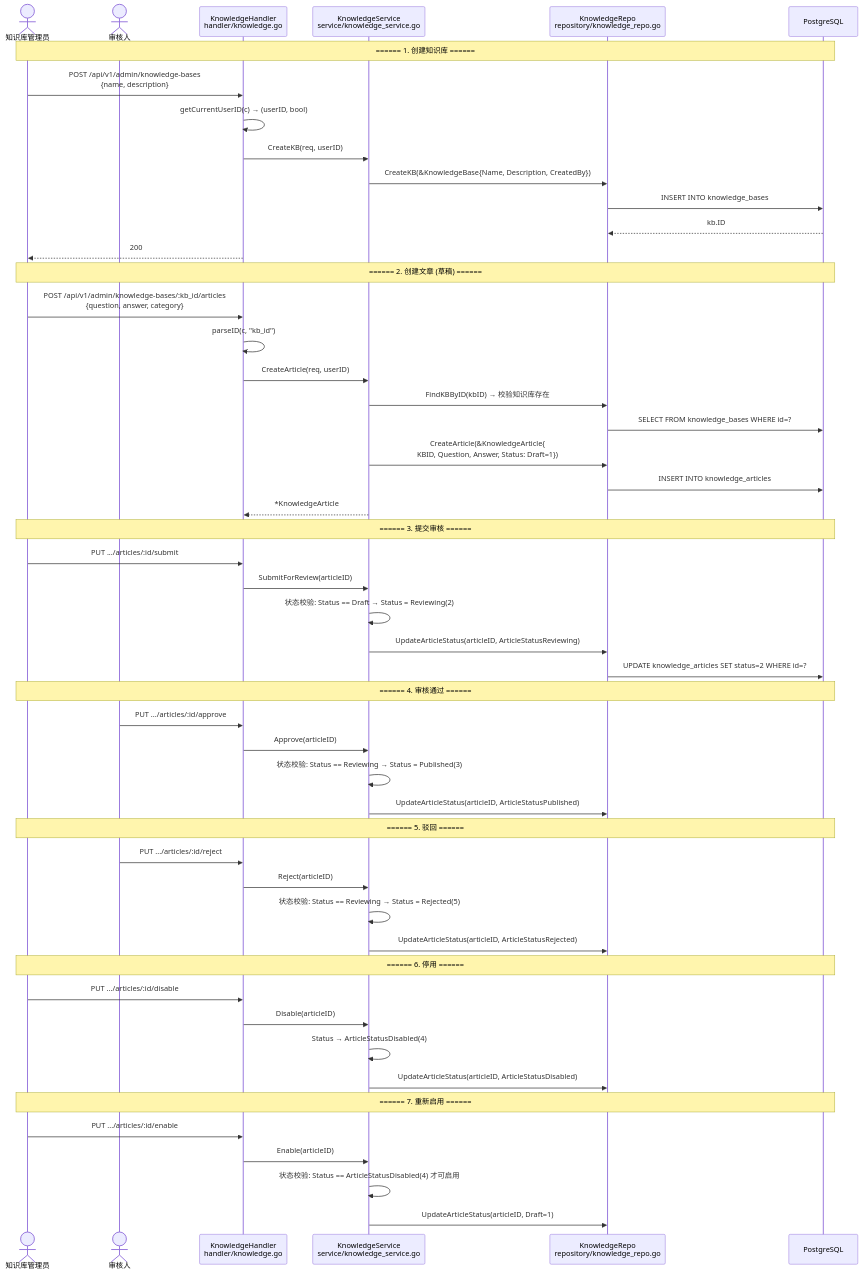
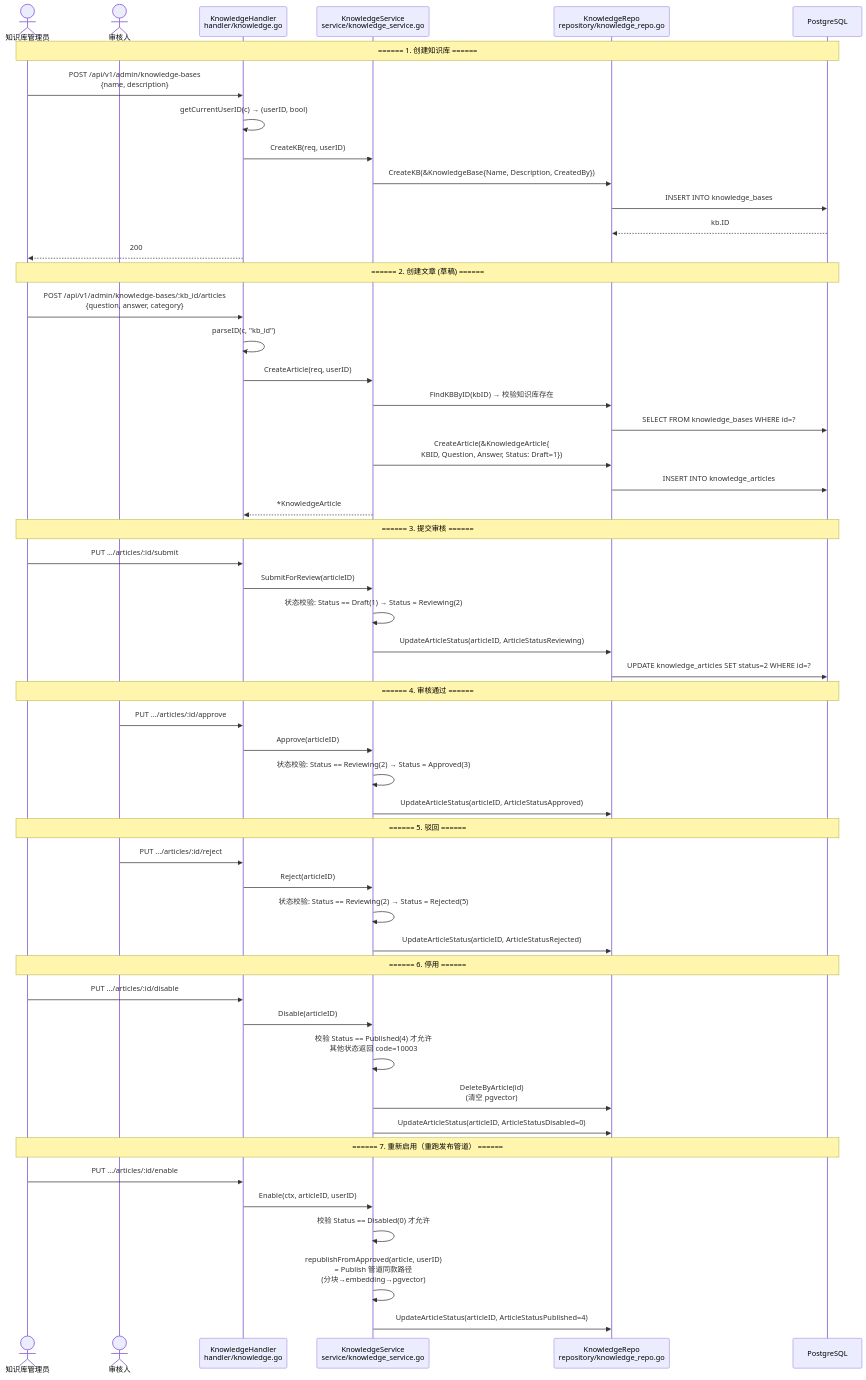
The third of 7 diagrams in docs/diagrams/knowledge-publish-flow.md (int2t05/Cognik), drawn with Mermaid before and after one commit. The commit also changed other lines of this file and 6 other files, not shown here.

````diff
--- a/docs/diagrams/knowledge-publish-flow.md
+++ b/docs/diagrams/knowledge-publish-flow.md
@@ -8,60 +62,62 @@
 ```mermaid
 sequenceDiagram
     actor A as 知识库管理员
     actor R as 审核人
     participant KH as KnowledgeHandler<br/>handler/knowledge.go
     participant KS as KnowledgeService<br/>service/knowledge_service.go
     participant KR as KnowledgeRepo<br/>repository/knowledge_repo.go
     participant DB as PostgreSQL
 
     Note over A,DB: ====== 1. 创建知识库 ======
     A->>KH: POST /api/v1/admin/knowledge-bases<br/>{name, description}
     KH->>KH: getCurrentUserID(c) → (userID, bool)
     KH->>KS: CreateKB(req, userID)
     KS->>KR: CreateKB(&KnowledgeBase{Name, Description, CreatedBy})
     KR->>DB: INSERT INTO knowledge_bases
     DB-->>KR: kb.ID
     KH-->>A: 200
 
     Note over A,DB: ====== 2. 创建文章 (草稿) ======
     A->>KH: POST /api/v1/admin/knowledge-bases/:kb_id/articles<br/>{question, answer, category}
     KH->>KH: parseID(c, "kb_id")
     KH->>KS: CreateArticle(req, userID)
 
     KS->>KR: FindKBByID(kbID) → 校验知识库存在
     KR->>DB: SELECT FROM knowledge_bases WHERE id=?
     KS->>KR: CreateArticle(&KnowledgeArticle{<br/>KBID, Question, Answer, Status: Draft=1})
     KR->>DB: INSERT INTO knowledge_articles
     KS-->>KH: *KnowledgeArticle
 
     Note over A,DB: ====== 3. 提交审核 ======
     A->>KH: PUT .../articles/:id/submit
     KH->>KS: SubmitForReview(articleID)
-    KS->>KS: 状态校验: Status == Draft → Status = Reviewing(2)
+    KS->>KS: 状态校验: Status == Draft(1) → Status = Reviewing(2)
     KS->>KR: UpdateArticleStatus(articleID, ArticleStatusReviewing)
     KR->>DB: UPDATE knowledge_articles SET status=2 WHERE id=?
 
     Note over A,DB: ====== 4. 审核通过 ======
     R->>KH: PUT .../articles/:id/approve
     KH->>KS: Approve(articleID)
-    KS->>KS: 状态校验: Status == Reviewing → Status = Published(3)
-    KS->>KR: UpdateArticleStatus(articleID, ArticleStatusPublished)
+    KS->>KS: 状态校验: Status == Reviewing(2) → Status = Approved(3)
+    KS->>KR: UpdateArticleStatus(articleID, ArticleStatusApproved)
 
     Note over A,DB: ====== 5. 驳回 ======
     R->>KH: PUT .../articles/:id/reject
     KH->>KS: Reject(articleID)
-    KS->>KS: 状态校验: Status == Reviewing → Status = Rejected(5)
+    KS->>KS: 状态校验: Status == Reviewing(2) → Status = Rejected(5)
     KS->>KR: UpdateArticleStatus(articleID, ArticleStatusRejected)
 
     Note over A,DB: ====== 6. 停用 ======
     A->>KH: PUT .../articles/:id/disable
     KH->>KS: Disable(articleID)
-    KS->>KS: Status → ArticleStatusDisabled(4)
-    KS->>KR: UpdateArticleStatus(articleID, ArticleStatusDisabled)
+    KS->>KS: 校验 Status == Published(4) 才允许<br/>其他状态返回 code=10003
+    KS->>KR: DeleteByArticle(id)<br/>(清空 pgvector)
+    KS->>KR: UpdateArticleStatus(articleID, ArticleStatusDisabled=0)
 
-    Note over A,DB: ====== 7. 重新启用 ======
+    Note over A,DB: ====== 7. 重新启用（重跑发布管道） ======
     A->>KH: PUT .../articles/:id/enable
-    KH->>KS: Enable(articleID)
-    KS->>KS: 状态校验: Status == ArticleStatusDisabled(4) 才可启用
-    KS->>KR: UpdateArticleStatus(articleID, Draft=1)
+    KH->>KS: Enable(ctx, articleID, userID)
+    KS->>KS: 校验 Status == Disabled(0) 才允许
+    KS->>KS: republishFromApproved(article, userID)<br/>= Publish 管道同款路径<br/>(分块→embedding→pgvector)
+    KS->>KR: UpdateArticleStatus(articleID, ArticleStatusPublished=4)
 ```
````
